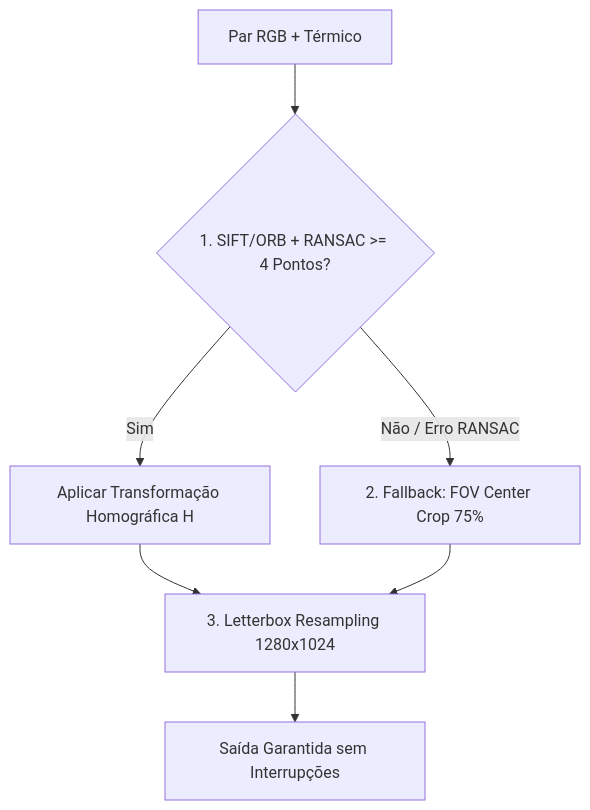
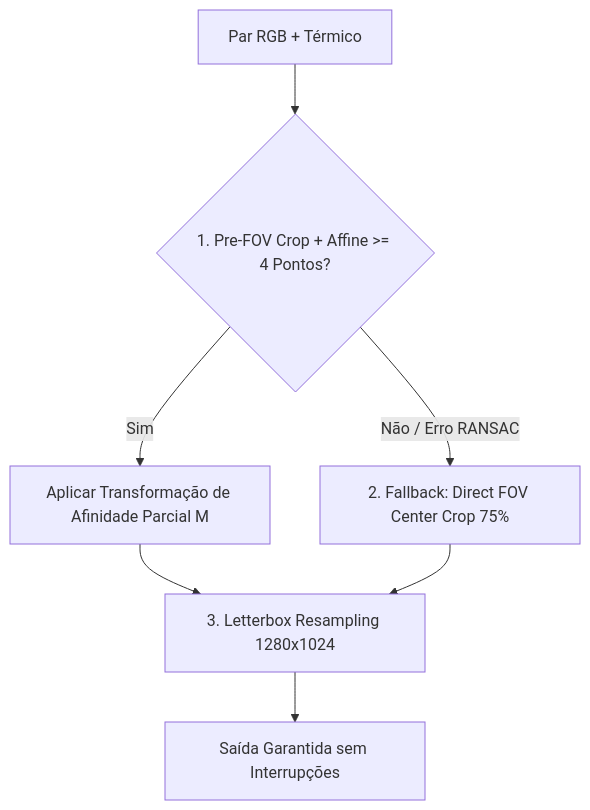
One commit to patrickmcruz/contagem-de-pessoas-geral changed the diagram in count-github-def_rgbtcc/app/docs/architecture.md. Above: the diagram before and after it, drawn with Mermaid. The commit also changed other lines of this file and 4 other files, not shown here.

Commit message:
fix(preprocessing): resolve perspective warping distortion using Pre-FOV Crop and Partial Affine similarity registration

````diff
--- a/count-github-def_rgbtcc/app/docs/architecture.md
+++ b/count-github-def_rgbtcc/app/docs/architecture.md
@@ -123,9 +121,9 @@
 ```mermaid
 graph TD
-    Start[Par RGB + Térmico] --> TryH{1. SIFT/ORB + RANSAC >= 4 Pontos?}
-    TryH -->|Sim| Homography[Aplicar Transformação Homográfica H]
-    TryH -->|Não / Erro RANSAC| FallbackFOV[2. Fallback: FOV Center Crop 75%]
-    Homography --> Resampling[3. Letterbox Resampling 1280x1024]
+    Start[Par RGB + Térmico] --> TryA{1. Pre-FOV Crop + Affine >= 4 Pontos?}
+    TryA -->|Sim| AffineWarp[Aplicar Transformação de Afinidade Parcial M]
+    TryA -->|Não / Erro RANSAC| FallbackFOV[2. Fallback: Direct FOV Center Crop 75%]
+    AffineWarp --> Resampling[3. Letterbox Resampling 1280x1024]
     FallbackFOV --> Resampling
     Resampling --> Success[Saída Garantida sem Interrupções]
 ```
````
